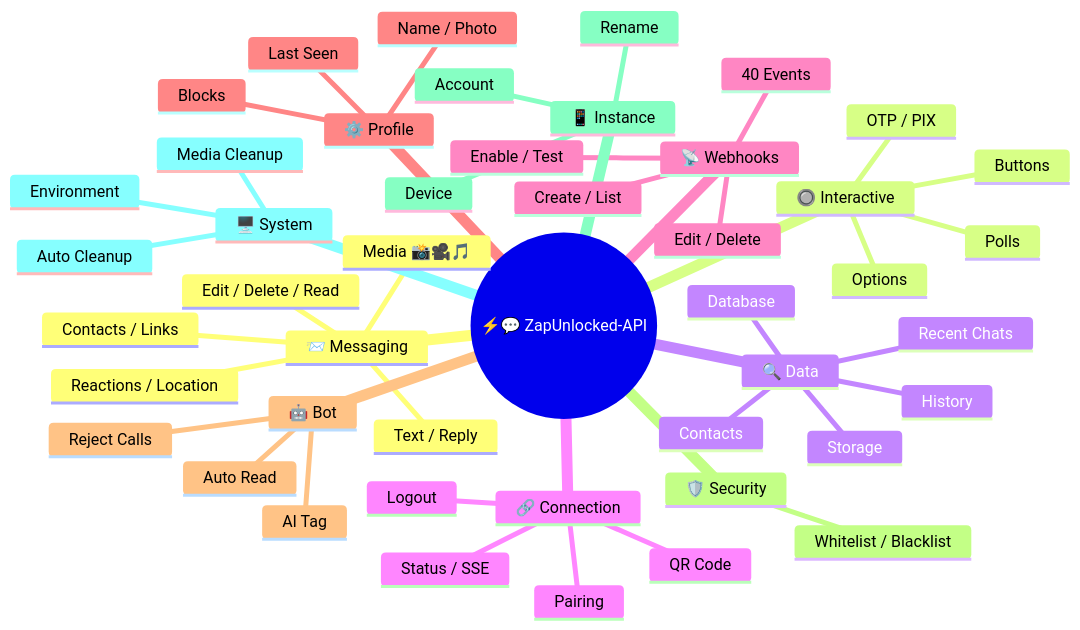
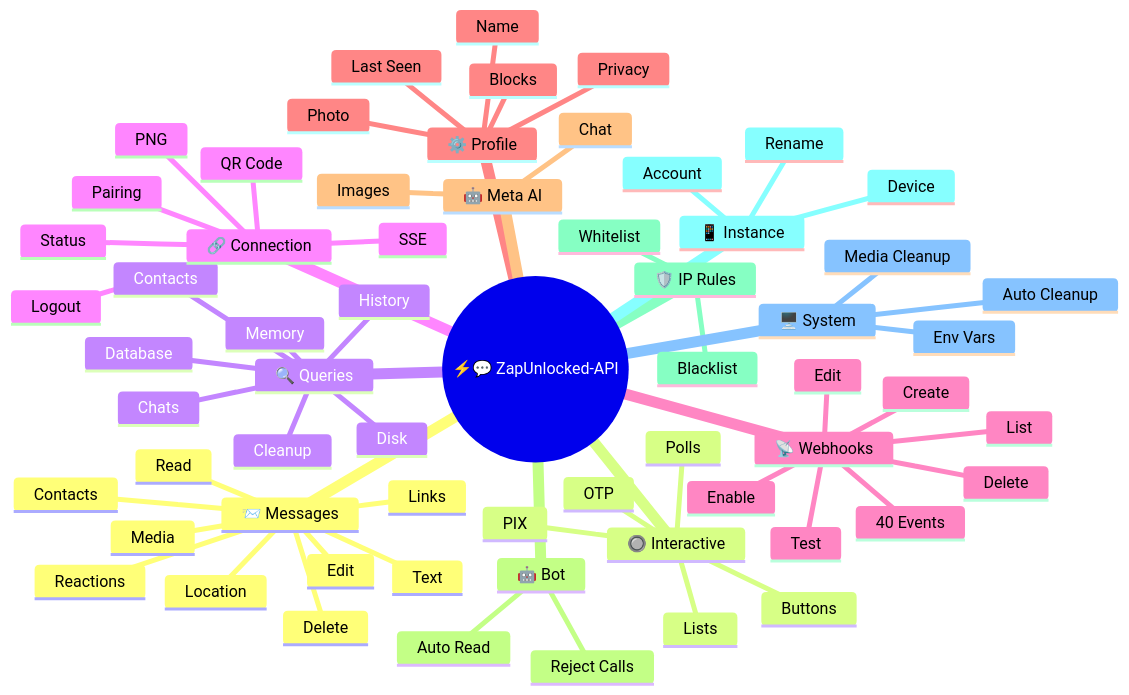
One commit to kauafpssx/ZapUnlocked-API changed the first of 2 diagrams in docs/translations/en.md. Above: the diagram before and after it, drawn with Mermaid. The commit also changed other lines of this file and 12 other files, not shown here.

````diff
--- a/docs/translations/en.md
+++ b/docs/translations/en.md
@@ -55,58 +55,75 @@
 ```mermaid
 mindmap
   root((⚡💬 ZapUnlocked-API))
-    📨 Messaging
-      Text / Reply
-      Media 📸🎥🎵
-      Reactions / Location
-      Contacts / Links
-      Edit / Delete / Read
+    📨 Messages
+      Text
+      Media
+      Reactions
+      Location
+      Contacts
+      Links
+      Edit
+      Delete
+      Read
 
     🔘 Interactive
       Buttons
-      OTP / PIX
-      Options
+      Lists
+      OTP
+      PIX
       Polls
 
-    🔍 Data
+    🔍 Queries
       Contacts
       History
-      Recent Chats
-      Storage
+      Chats
+      Memory
+      Disk
       Database
+      Cleanup
 
     🔗 Connection
-      Status / SSE
+      Status
+      SSE
       QR Code
+      PNG
       Pairing
       Logout
 
     📡 Webhooks
-      Create / List
-      Edit / Delete
-      Enable / Test
+      Create
+      List
+      Edit
+      Delete
+      Enable
+      Test
       40 Events
 
     ⚙️ Profile
-      Name / Photo
+      Name
+      Photo
+      Privacy
       Last Seen
       Blocks
 
+    🤖 Meta AI
+      Chat
+      Images
     🤖 Bot
-      AI Tag
+      Auto Read
       Reject Calls
-      Auto Read
 
-    🛡️ Security
-      Whitelist / Blacklist
+    🛡️ IP Rules
+      Whitelist
+      Blacklist
 
     📱 Instance
       Account
       Device
       Rename
 
     🖥️ System
-      Environment
+      Env Vars
       Media Cleanup
       Auto Cleanup
 ```
````
